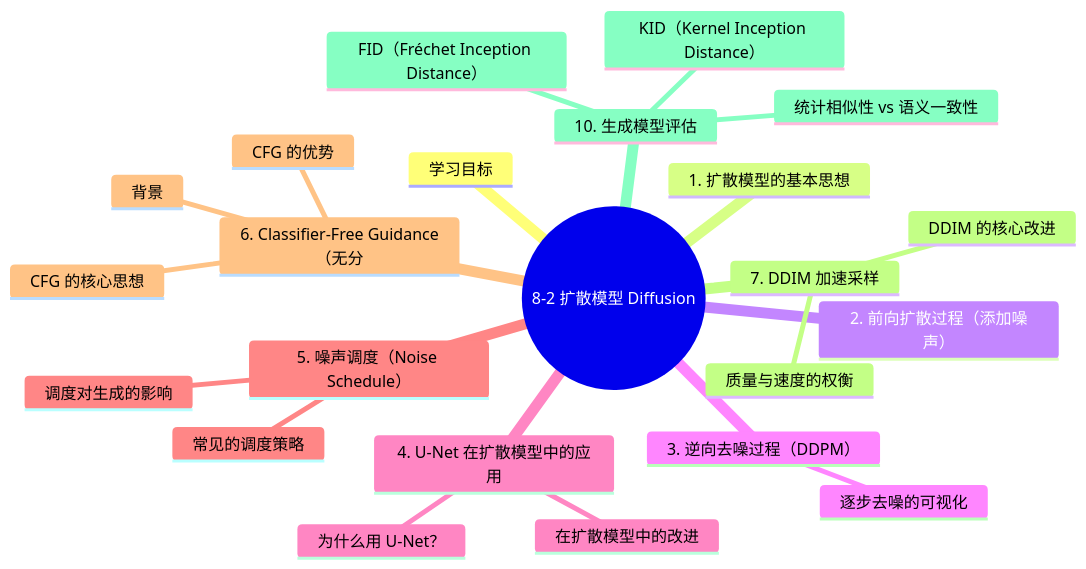
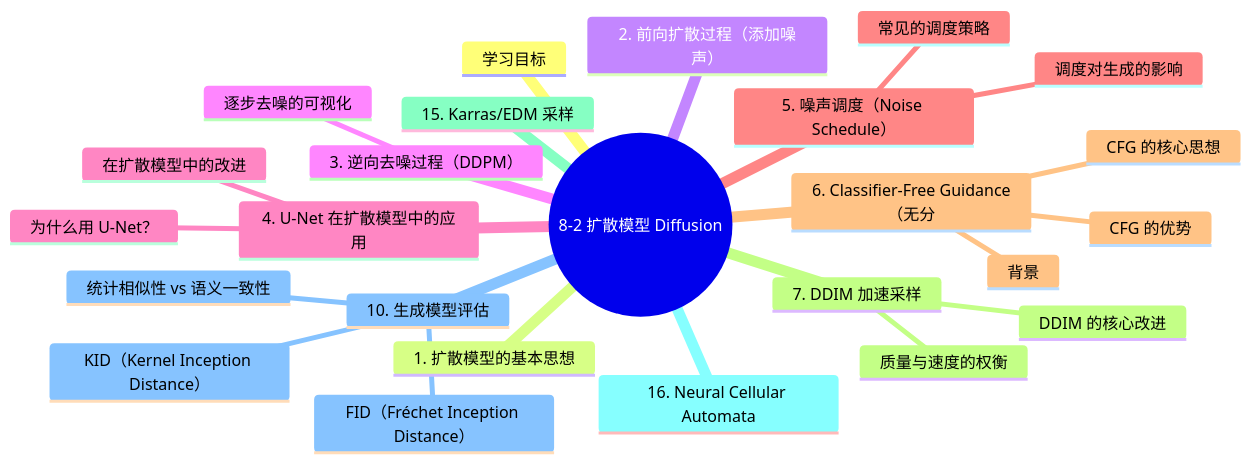
Before and after one commit to dwSun/AI-Tutorial: the sixth of 6 diagrams in chapters/PART8-生成式AI/8-2-扩散模型Diffusion.md, drawn with Mermaid. The commit also changed other lines of this file and 20 other files, not shown here.

````diff
--- a/chapters/PART8-生成式AI/8-2-扩散模型Diffusion.md
+++ b/chapters/PART8-生成式AI/8-2-扩散模型Diffusion.md
@@ -643,26 +775,28 @@
 ```mermaid
 mindmap
   root((8-2 扩散模型 Diffusion))
     学习目标
     1. 扩散模型的基本思想
     2. 前向扩散过程（添加噪声）
     3. 逆向去噪过程（DDPM）
       逐步去噪的可视化
     4. U-Net 在扩散模型中的应用
       为什么用 U-Net？
       在扩散模型中的改进
     5. 噪声调度（Noise Schedule）
       常见的调度策略
       调度对生成的影响
     6. Classifier-Free Guidance（无分
       背景
       CFG 的核心思想
       CFG 的优势
     7. DDIM 加速采样
       DDIM 的核心改进
       质量与速度的权衡
+    15. Karras/EDM 采样
+    16. Neural Cellular Automata
     10. 生成模型评估
       FID（Fréchet Inception Distance）
       KID（Kernel Inception Distance）
       统计相似性 vs 语义一致性
 ```
````
